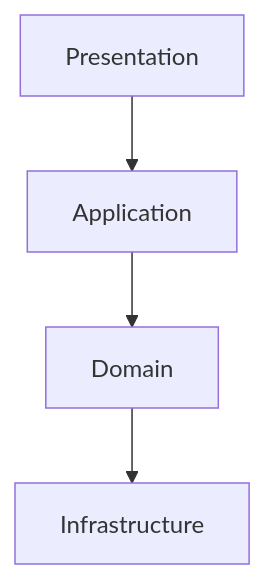
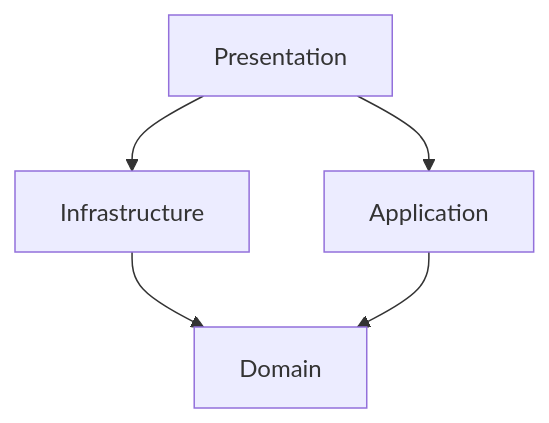
One commit to kazuhe/gitmemo changed the first of 2 diagrams in README.md. Above: the diagram before and after it, drawn with Mermaid. The commit also changed 10 other files, not shown here.

````diff
--- a/README.md
+++ b/README.md
@@ -10,6 +10,7 @@
 ```mermaid
 flowchart TD
     Presentation --> Application
+    Presentation --> Infrastructure
+    Infrastructure --> Domain
     Application --> Domain
-    Domain --> Infrastructure
 ```
````
